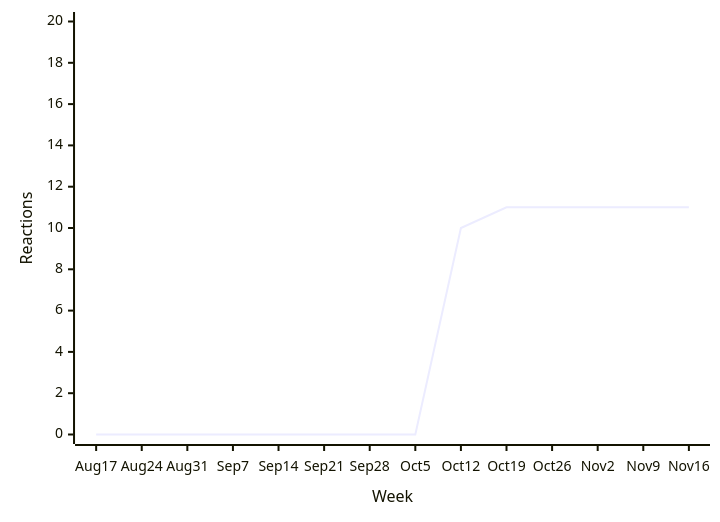
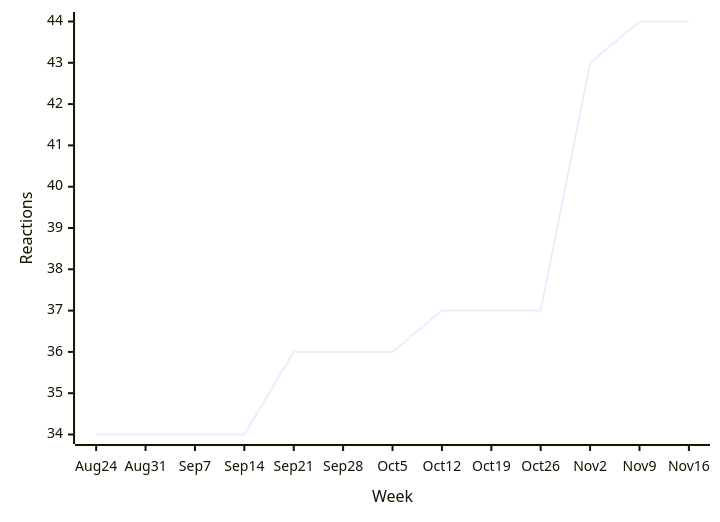
Before and after one commit to loic-sharma/github-insights: diagram 13 of 31 in README.md, drawn with Mermaid. The commit also changed other lines of this file and 3 other files, not shown here.

````diff
--- a/README.md
+++ b/README.md
@@ -528,6 +528,6 @@
   ```mermaid
   xychart-beta
-    x-axis "Week" [Aug 17, Aug 24, Aug 31, Sep 7, Sep 14, Sep 21, Sep 28, Oct 5, Oct 12, Oct 19, Oct 26, Nov 2, Nov 9, Nov 16]
-    y-axis "Reactions" 0 --> 20
-    line [0, 0, 0, 0, 0, 0, 0, 0, 10, 11, 11, 11, 11, 11]
+    x-axis "Week" [Aug 24, Aug 31, Sep 7, Sep 14, Sep 21, Sep 28, Oct 5, Oct 12, Oct 19, Oct 26, Nov 2, Nov 9, Nov 16]
+    y-axis "Reactions"
+    line [34, 34, 34, 34, 36, 36, 36, 37, 37, 37, 43, 44, 44]
   ```
````
